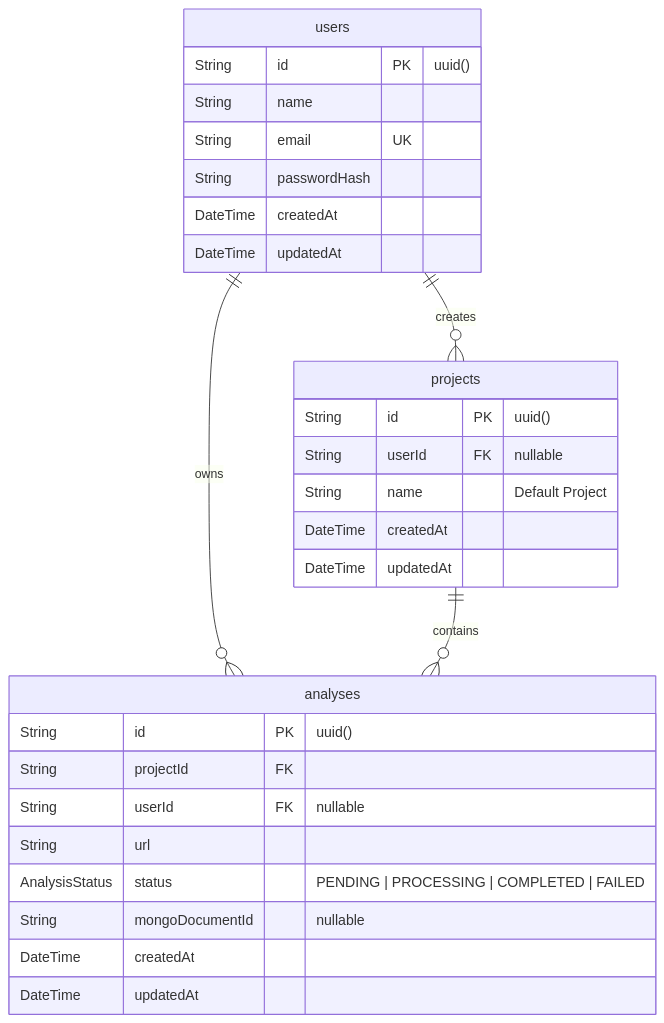
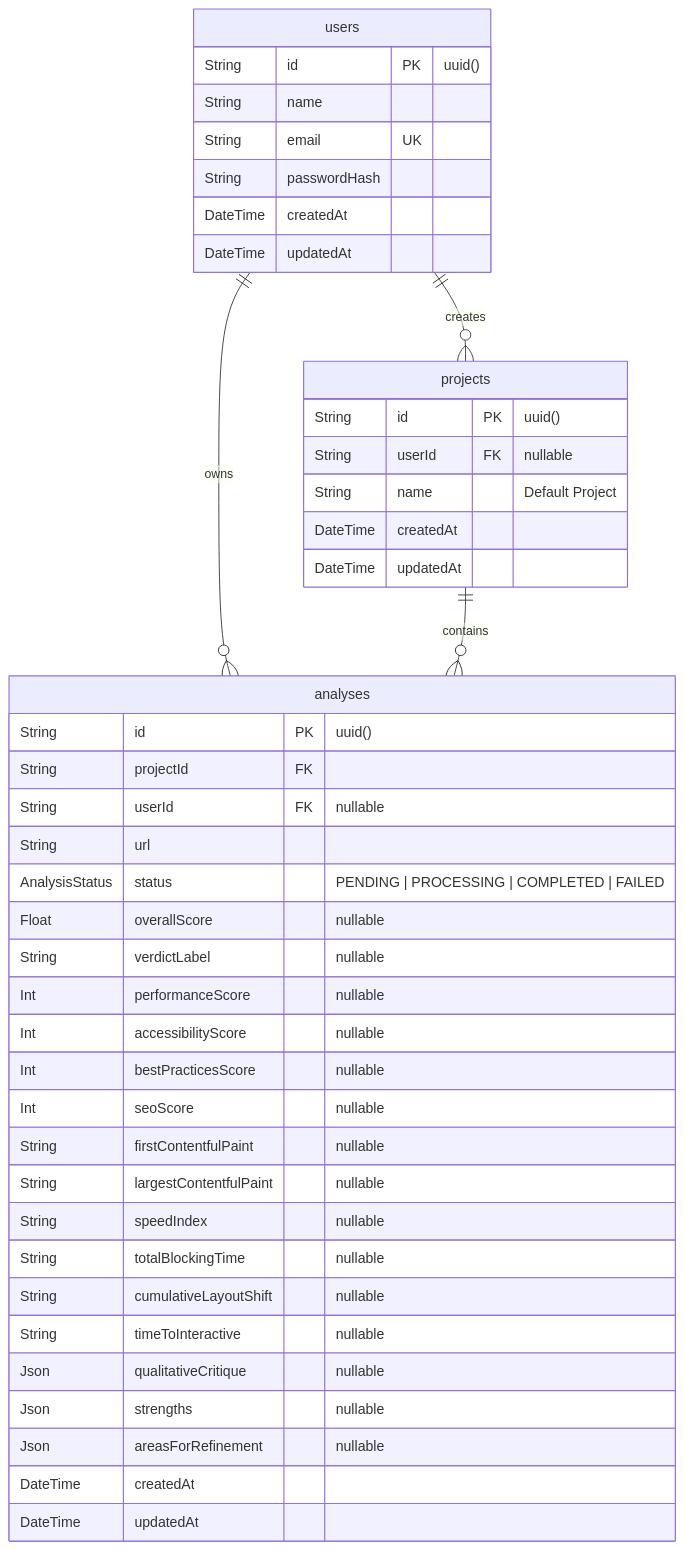
One commit to PrithviDRajvanshi/UIVerdict. changed the diagram in docs/architecture/LLD.md. Above: the diagram before and after it, drawn with Mermaid. The commit also changed other lines of this file and 45 other files, not shown here.

````diff
--- a/docs/architecture/LLD.md
+++ b/docs/architecture/LLD.md
@@ -281,34 +269,48 @@
 ```mermaid
 erDiagram
     users {
         String id PK "uuid()"
         String name
         String email UK
         String passwordHash
         DateTime createdAt
         DateTime updatedAt
     }
 
     projects {
         String id PK "uuid()"
         String userId FK "nullable"
         String name "Default Project"
         DateTime createdAt
         DateTime updatedAt
     }
 
     analyses {
         String id PK "uuid()"
         String projectId FK
         String userId FK "nullable"
         String url
         AnalysisStatus status "PENDING | PROCESSING | COMPLETED | FAILED"
-        String mongoDocumentId "nullable"
+        Float overallScore "nullable"
+        String verdictLabel "nullable"
+        Int performanceScore "nullable"
+        Int accessibilityScore "nullable"
+        Int bestPracticesScore "nullable"
+        Int seoScore "nullable"
+        String firstContentfulPaint "nullable"
+        String largestContentfulPaint "nullable"
+        String speedIndex "nullable"
+        String totalBlockingTime "nullable"
+        String cumulativeLayoutShift "nullable"
+        String timeToInteractive "nullable"
+        Json qualitativeCritique "nullable"
+        Json strengths "nullable"
+        Json areasForRefinement "nullable"
         DateTime createdAt
         DateTime updatedAt
     }
 
     users ||--o{ projects : "creates"
     users ||--o{ analyses : "owns"
     projects ||--o{ analyses : "contains"
 ```
````
